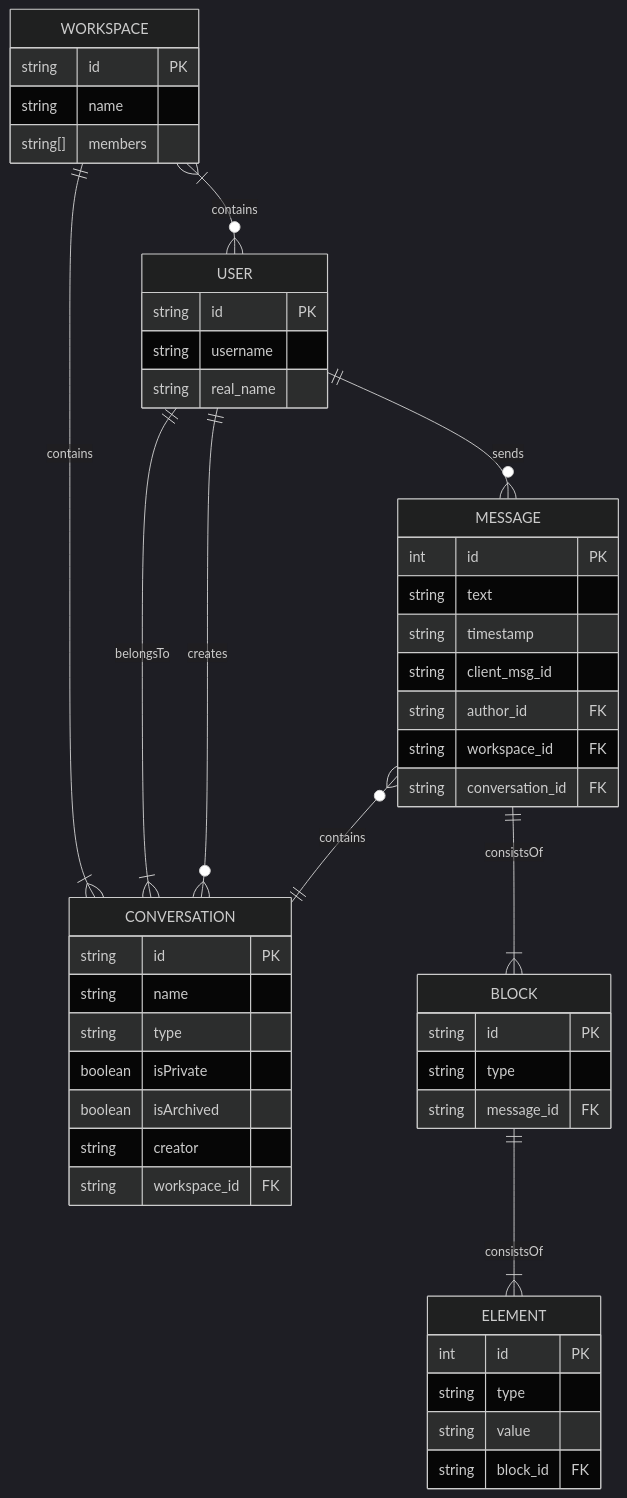
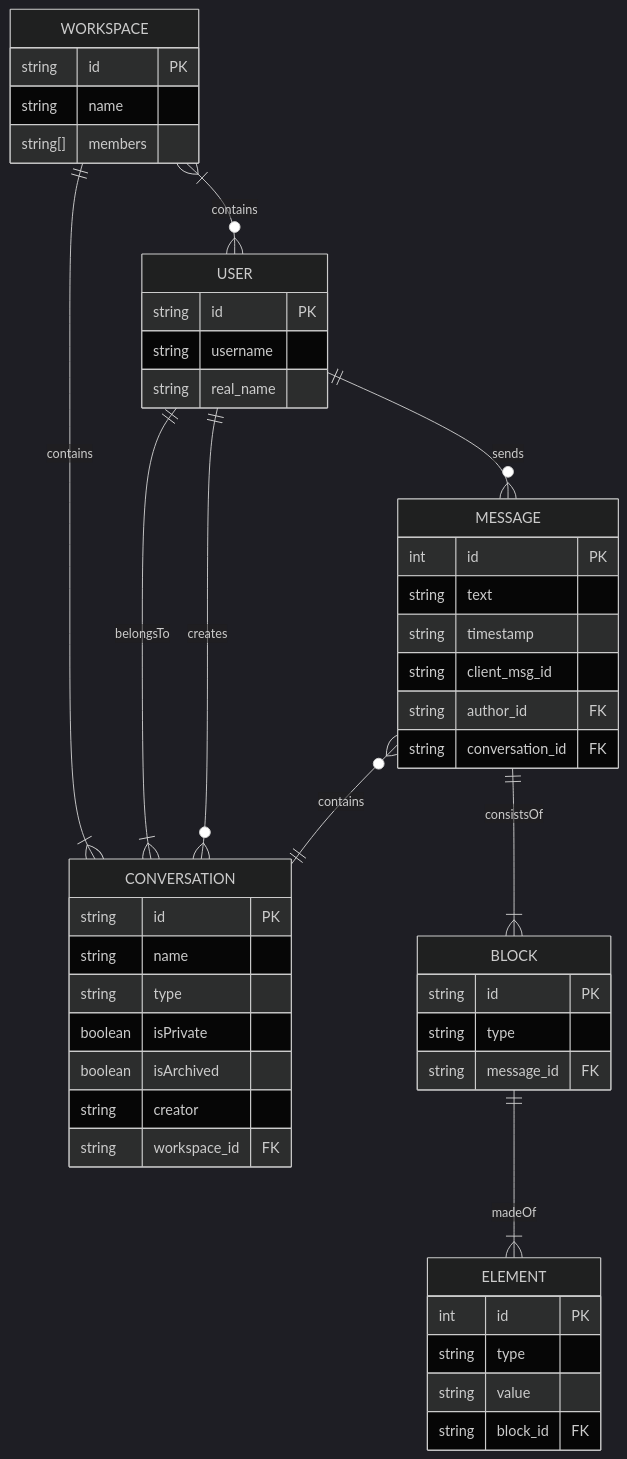
The first of 3 diagrams in documentation/docs/system-architecture/design.md (Capstone-Projects-2026-spring/project-structuring-unstructured-data), drawn with Mermaid (dark theme) before and after one commit. The commit also changed other lines of this file, not shown here.

Commit message:
detailed block and element descriptions

````diff
--- a/documentation/docs/system-architecture/design.md
+++ b/documentation/docs/system-architecture/design.md
@@ -33,54 +33,53 @@
 ```mermaid
 erDiagram
     WORKSPACE }|--o{ USER : contains
     WORKSPACE ||--|{ CONVERSATION : contains
 
     USER ||--|{ CONVERSATION : belongsTo
     USER ||--o{ CONVERSATION : creates
     USER ||--o{ MESSAGE : sends
 
     MESSAGE }o--|| CONVERSATION : contains
     MESSAGE ||--|{ BLOCK : consistsOf
-    BLOCK ||--|{ ELEMENT : consistsOf
+    BLOCK ||--|{ ELEMENT : madeOf
 
     WORKSPACE {
         string id PK
         string name
         string[] members
     }
     USER {
         string id PK
         string username
         string real_name
     }
     CONVERSATION {
         string id PK
         string name
         string type
         boolean isPrivate
         boolean isArchived
         string creator
         string workspace_id FK
     }
     MESSAGE {
         int id PK
         string text
         string timestamp
         string client_msg_id
         string author_id FK
-        string workspace_id FK
         string conversation_id FK
         
     }
     BLOCK {
         string id PK
         string type
         string message_id FK
     }
     ELEMENT {
         int id PK
         string type
         string value
         string block_id FK
     }
 ```
````
